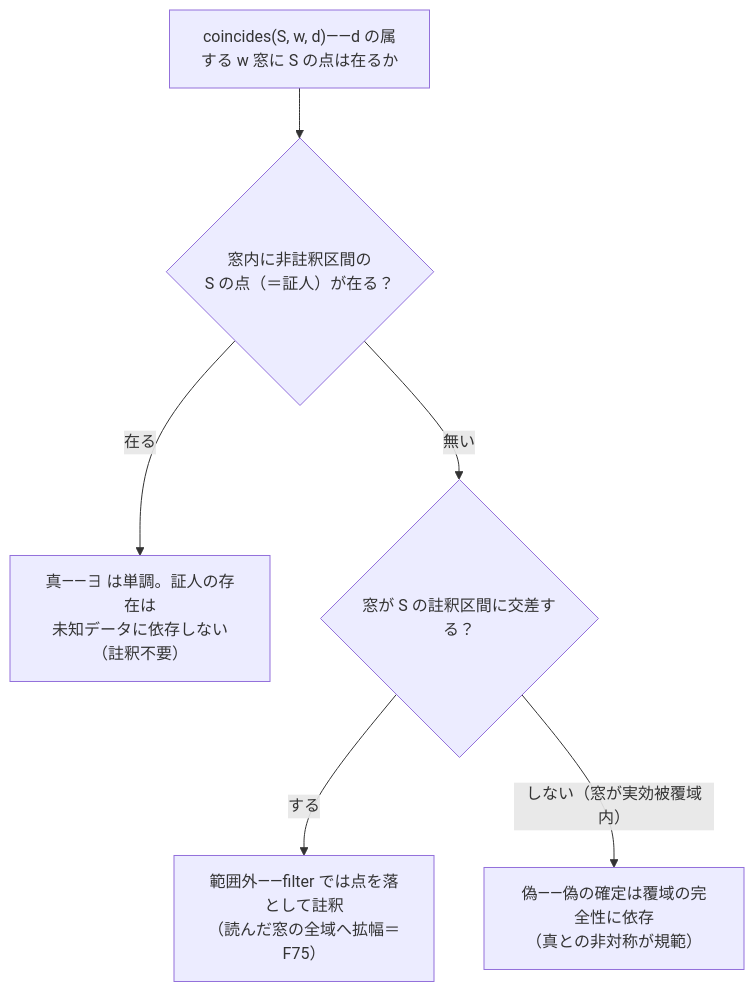
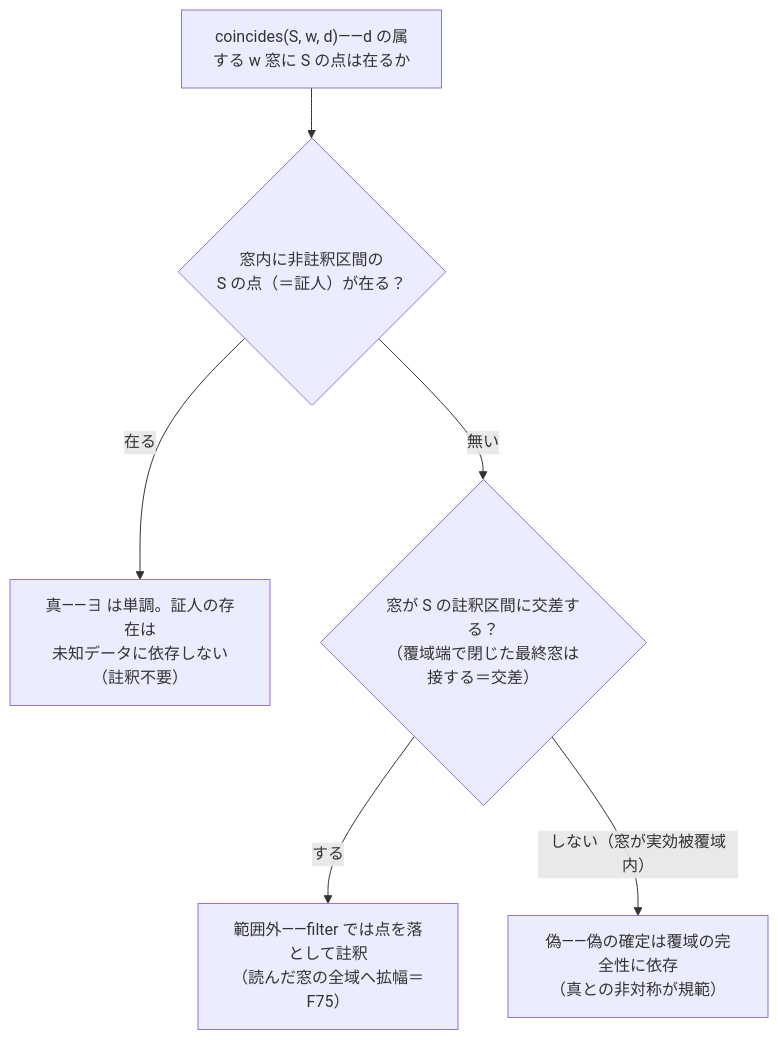
Before and after one commit to azathothx/kairos-lang: the second of 5 diagrams in spec/30-body-layer.md, drawn with Mermaid. The commit also changed other lines of this file and 54 other files, not shown here.

Commit message:
1.0.6（追補 23）: 覆域端で閉じた最終窓の終端は未確定（ADR-37 改訂 6・終端を読む段は窓全域に註釈・点集合は不変）・§4.8 糖衣は展開先の意味を継承・JSON Schema 2 本（--json の出力と --supply の入力）・results[].source と line・--json のエラーは stdout の JSON・--explain（段ごとの点数と途中値）・表示形は点と一対一（ms≠0 は .SSS・DST の重複は両方にオフセット）・asof は版の識別子（spec §3.8・日英）・763 テスト

````diff
--- a/spec/30-body-layer.md
+++ b/spec/30-body-layer.md
@@ -307,9 +312,9 @@
 ```mermaid
 flowchart TD
   Q["coincides(S, w, d)——d の属する w 窓に S の点は在るか"]
   Q --> W{"窓内に非註釈区間の<br/>S の点（＝証人）が在る？"}
   W -- "在る" --> T["真——∃ は単調。証人の存在は<br/>未知データに依存しない（註釈不要）"]
-  W -- "無い" --> C{"窓が S の註釈区間に交差する？"}
+  W -- "無い" --> C{"窓が S の註釈区間に交差する？<br/>（覆域端で閉じた最終窓は接する＝交差）"}
   C -- "する" --> O["範囲外——filter では点を落として註釈<br/>（読んだ窓の全域へ拡幅＝F75）"]
   C -- "しない（窓が実効被覆域内）" --> F["偽——偽の確定は覆域の完全性に依存<br/>（真との非対称が規範）"]
 ```
````
